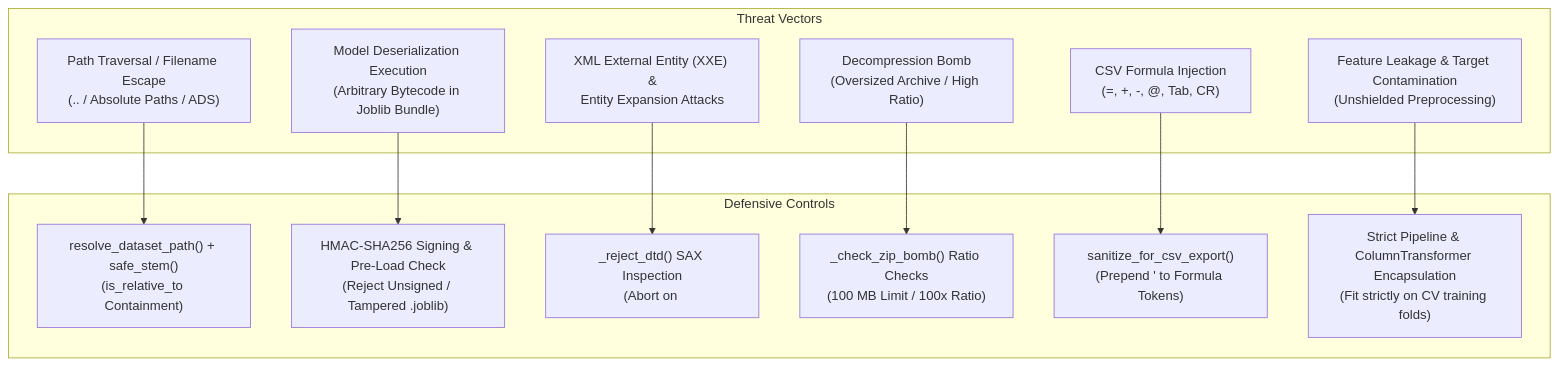
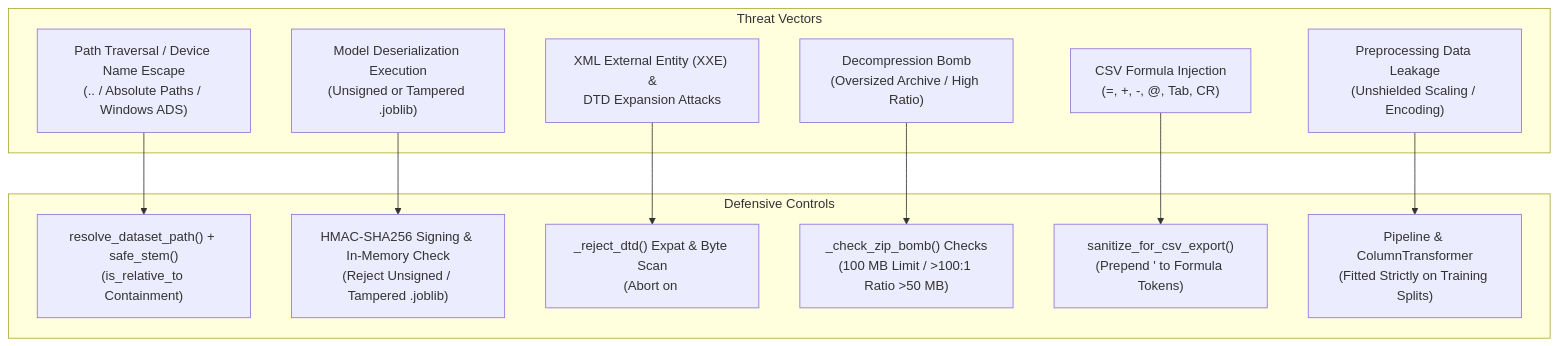
Before and after one commit to Srikiran22/CloudlnsightAl: the diagram in SECURITY.md, drawn with Mermaid. The commit also changed other lines of this file and 40 other files, not shown here.

````diff
--- a/SECURITY.md
+++ b/SECURITY.md
@@ -29,27 +29,27 @@
 ```mermaid
 flowchart TD
     subgraph Threats ["Threat Vectors"]
-        T1["Path Traversal / Filename Escape\n(.. / Absolute Paths / ADS)"]
-        T2["Model Deserialization Execution\n(Arbitrary Bytecode in Joblib Bundle)"]
-        T3["XML External Entity (XXE) &\nEntity Expansion Attacks"]
+        T1["Path Traversal / Device Name Escape\n(.. / Absolute Paths / Windows ADS)"]
+        T2["Model Deserialization Execution\n(Unsigned or Tampered .joblib)"]
+        T3["XML External Entity (XXE) &\nDTD Expansion Attacks"]
         T4["Decompression Bomb\n(Oversized Archive / High Ratio)"]
         T5["CSV Formula Injection\n(=, +, -, @, Tab, CR)"]
-        T6["Feature Leakage & Target Contamination\n(Unshielded Preprocessing)"]
+        T6["Preprocessing Data Leakage\n(Unshielded Scaling / Encoding)"]
     end
 
     subgraph Defenses ["Defensive Controls"]
         D1["resolve_dataset_path() + safe_stem()\n(is_relative_to Containment)"]
-        D2["HMAC-SHA256 Signing & Pre-Load Check\n(Reject Unsigned / Tampered .joblib)"]
-        D3["_reject_dtd() SAX Inspection\n(Abort on <!DOCTYPE / <!ENTITY)"]
-        D4["_check_zip_bomb() Ratio Checks\n(100 MB Limit / 100x Ratio)"]
+        D2["HMAC-SHA256 Signing & In-Memory Check\n(Reject Unsigned / Tampered .joblib)"]
+        D3["_reject_dtd() Expat & Byte Scan\n(Abort on <!DOCTYPE / <!ENTITY)"]
+        D4["_check_zip_bomb() Checks\n(100 MB Limit / >100:1 Ratio >50 MB)"]
         D5["sanitize_for_csv_export()\n(Prepend ' to Formula Tokens)"]
-        D6["Strict Pipeline & ColumnTransformer Encapsulation\n(Fit strictly on CV training folds)"]
+        D6["Pipeline & ColumnTransformer\n(Fitted Strictly on Training Splits)"]
     end
 
     T1 --> D1
     T2 --> D2
     T3 --> D3
     T4 --> D4
     T5 --> D5
     T6 --> D6
 ```
````
